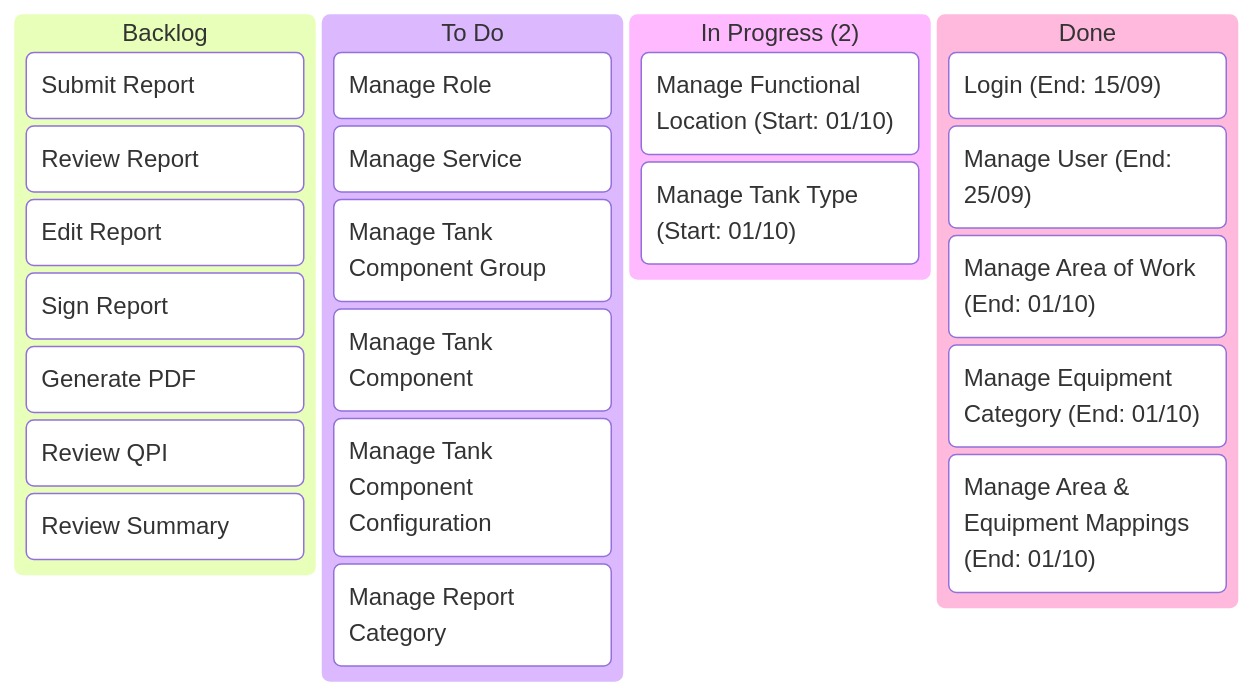
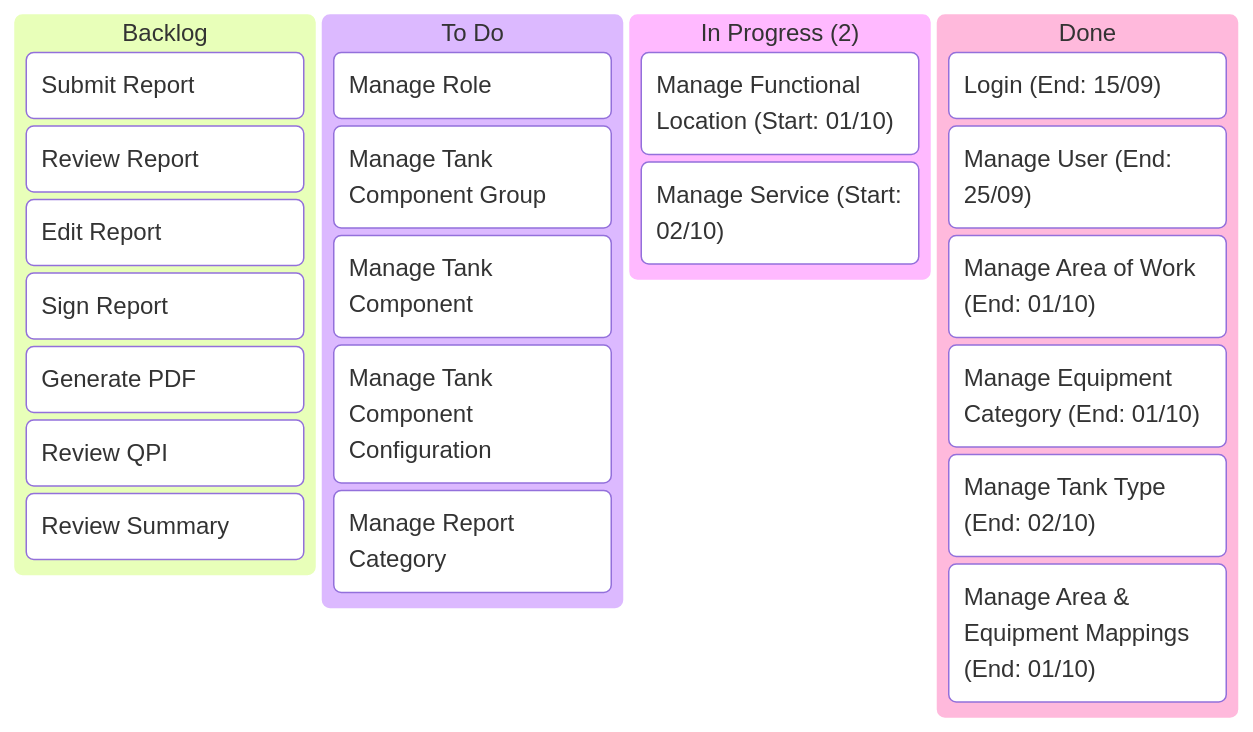
The diagram in Kanban/02-Kanban.md (billdansr/kanban-boc-om), drawn with Mermaid before and after one commit. The commit also changed 1 other file, not shown here.

Commit message:
vault backup: 2025-10-02 08:39:40

````diff
--- a/Kanban/02-Kanban.md
+++ b/Kanban/02-Kanban.md
@@ -3,32 +3,31 @@
 ```mermaid
 kanban
   backlog[Backlog]
 	  b2[Submit Report]
 	  b3[Review Report]
 	  b4[Edit Report]
 	  b5[Sign Report]
 	  b6[Generate PDF]
 	  b7[Review QPI]
 	  b8[Review Summary]
 
   todo[To Do]
 	  t10[Manage Role]
 	  
-	  
-	  t15[Manage Service]
 	  t16[Manage Tank Component Group]
 	  t17[Manage Tank Component]
 	  t18[Manage Tank Component Configuration]
 	  t19[Manage Report Category]
 
   inprogress["In Progress (2)"]
 	  i13["Manage Functional Location (Start: 01/10)"]
-	  i14["Manage Tank Type (Start: 01/10)"]
+	  t15["Manage Service (Start: 02/10)"]
 
   done[Done]
 	  d1["Login (End: 15/09)"]
 	  d9["Manage User (End: 25/09)"]
 	  d11["Manage Area of Work (End: 01/10)"]
 	  d12["Manage Equipment Category (End: 01/10)"]
+	  d14["Manage Tank Type (End: 02/10)"]
 	  d20["Manage Area & Equipment Mappings (End: 01/10)"]
 ```
````
